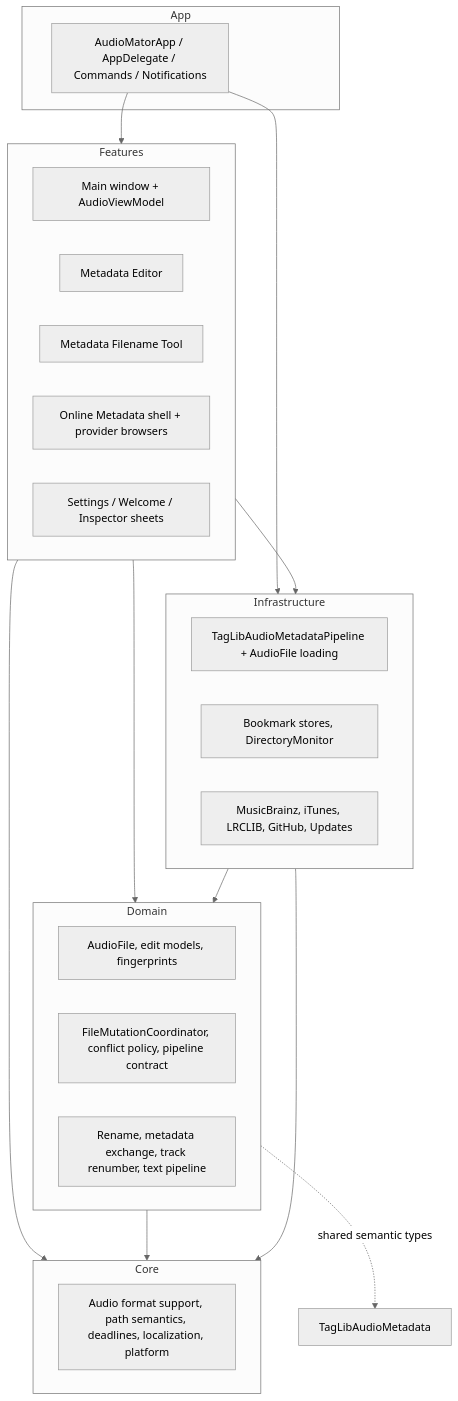
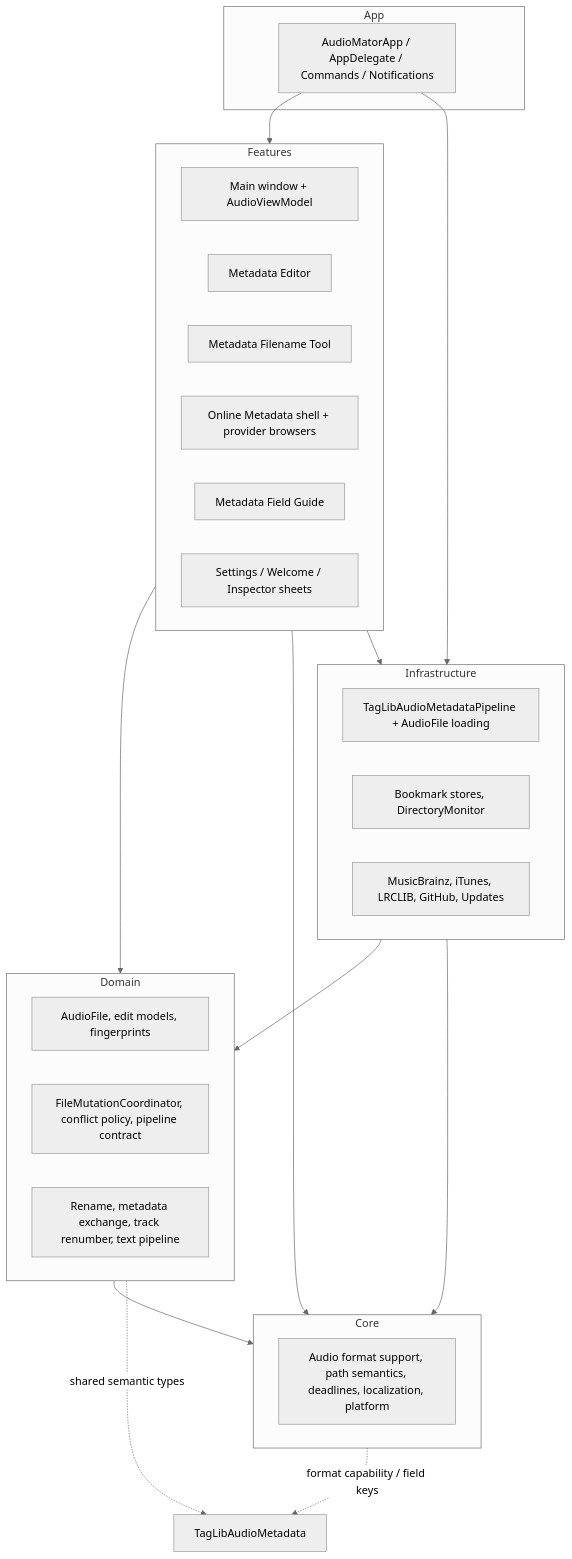
Before and after one commit to ChrisLloydME/AudioMator: the second of 4 diagrams in Docs/Architecture/OVERVIEW.md, drawn with Mermaid (neutral theme). The commit also changed other lines of this file and 34 other files, not shown here.

````diff
--- a/Docs/Architecture/OVERVIEW.md
+++ b/Docs/Architecture/OVERVIEW.md
@@ -26,36 +27,38 @@
 ```mermaid
 flowchart TB
     subgraph App
         Entry[AudioMatorApp / AppDelegate / Commands / Notifications]
     end
     subgraph Features
         Main[Main window + AudioViewModel]
         Editor[Metadata Editor]
         Tool[Metadata Filename Tool]
         Online[Online Metadata shell + provider browsers]
+        Help[Metadata Field Guide]
         Settings[Settings / Welcome / Inspector sheets]
     end
     subgraph Domain
         Models[AudioFile, edit models, fingerprints]
         Mutation[FileMutationCoordinator, conflict policy, pipeline contract]
         Exchange[Rename, metadata exchange, track renumber, text pipeline]
     end
     subgraph Infrastructure
         TagLibAdapter[TagLibAudioMetadataPipeline + AudioFile loading]
         FileSystem[Bookmark stores, DirectoryMonitor]
         Providers[MusicBrainz, iTunes, LRCLIB, GitHub, Updates]
     end
     subgraph Core
         Support[Audio format support, path semantics, deadlines, localization, platform]
     end
 
     Entry --> Features
     Entry --> Infrastructure
     Features --> Domain
     Features --> Core
     Features --> Infrastructure
     Domain --> Core
     Infrastructure --> Domain
     Infrastructure --> Core
     Domain -. shared semantic types .-> Pkg[TagLibAudioMetadata]
+    Core -. format capability / field keys .-> Pkg
 ```
````
